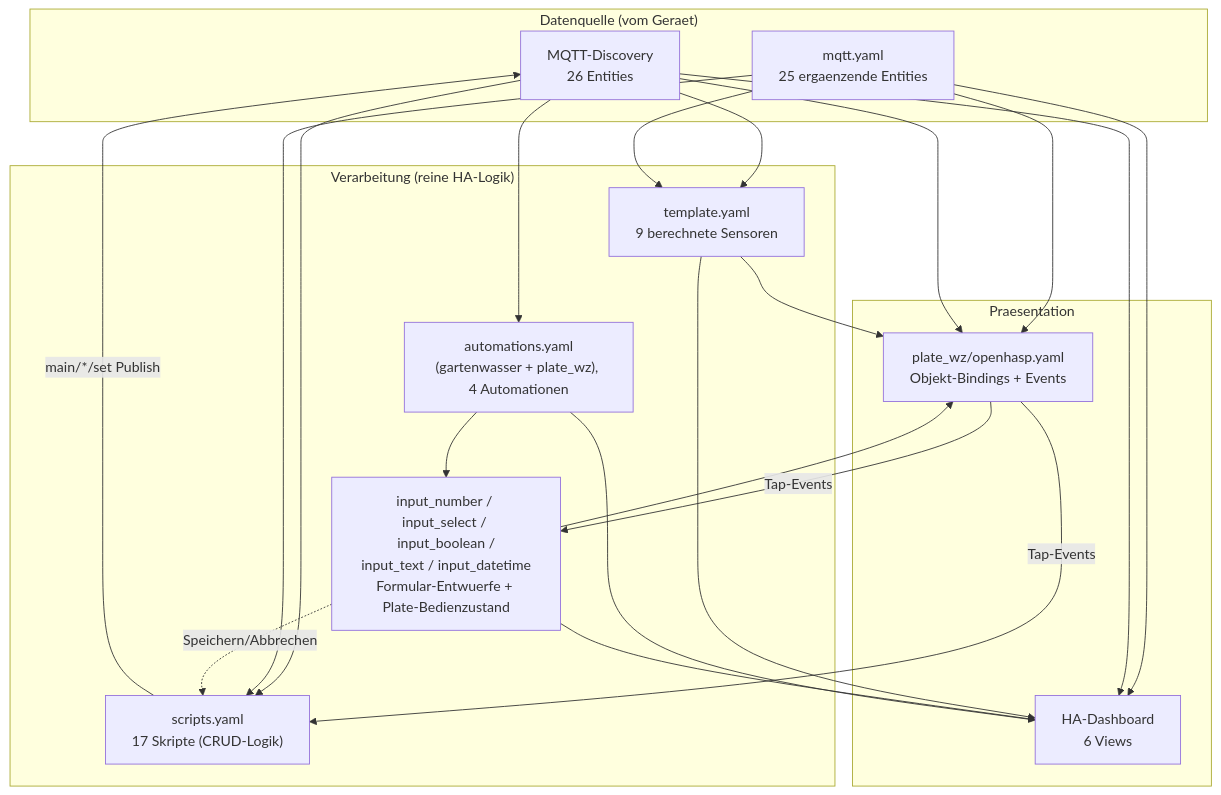
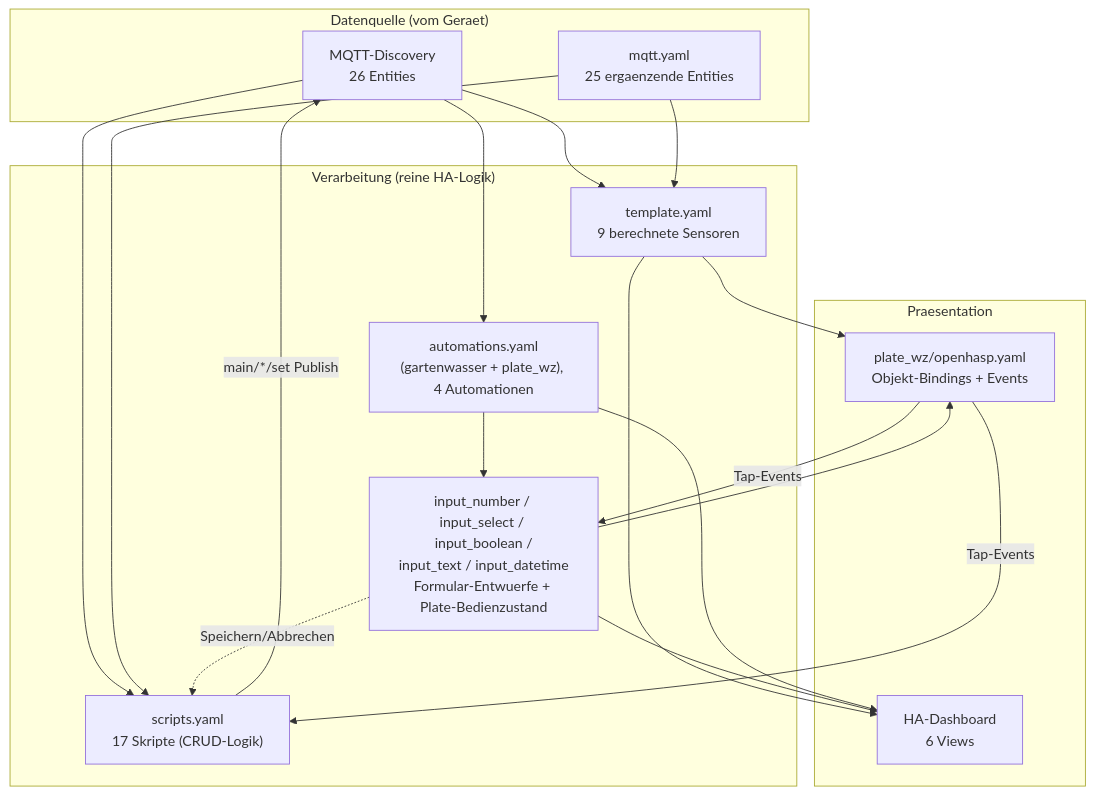
One commit to Pfannex/Gartenwasser changed the second of 4 diagrams in docs/architecture.md. Above: the diagram before and after it, drawn with Mermaid. The commit also changed other lines of this file, not shown here.

First line of the commit message:
architecture.md: Diagramm 2 vereinfacht, alle 4 Diagramme mit Node 22 gerendert-verifiziert

````diff
--- a/docs/architecture.md
+++ b/docs/architecture.md
@@ -53,41 +53,37 @@
 ```mermaid
 graph TB
     subgraph T1["Datenquelle (vom Geraet)"]
         DISC["MQTT-Discovery<br/>26 Entities"]
         MQTTY["mqtt.yaml<br/>25 ergaenzende Entities"]
     end
 
     subgraph T2["Verarbeitung (reine HA-Logik)"]
         TEMPLATE["template.yaml<br/>9 berechnete Sensoren"]
         HELPERS["input_number / input_select / input_boolean /<br/>input_text / input_datetime<br/>Formular-Entwuerfe + Plate-Bedienzustand"]
         SCRIPTS["scripts.yaml<br/>17 Skripte (CRUD-Logik)"]
         AUTOM["automations.yaml<br/>(gartenwasser + plate_wz), 4 Automationen"]
     end
 
     subgraph T3["Praesentation"]
         DASH["HA-Dashboard<br/>6 Views"]
         PLATEBIND["plate_wz/openhasp.yaml<br/>Objekt-Bindings + Events"]
     end
 
     DISC --> TEMPLATE
     DISC --> SCRIPTS
     DISC --> AUTOM
     MQTTY --> TEMPLATE
     MQTTY --> SCRIPTS
 
     TEMPLATE --> DASH
     TEMPLATE --> PLATEBIND
-    MQTTY --> DASH
-    MQTTY --> PLATEBIND
-    DISC --> DASH
-    DISC --> PLATEBIND
     HELPERS --> DASH
     HELPERS --> PLATEBIND
     HELPERS -.->|"Speichern/Abbrechen"| SCRIPTS
     SCRIPTS -->|"main/*/set Publish"| DISC
     AUTOM --> HELPERS
     AUTOM --> DASH
 
     PLATEBIND -->|"Tap-Events"| SCRIPTS
     PLATEBIND -->|"Tap-Events"| HELPERS
 ```
````
